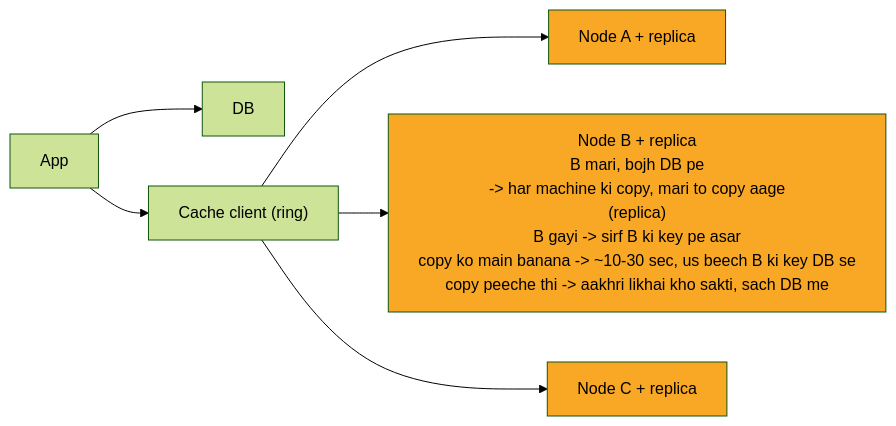
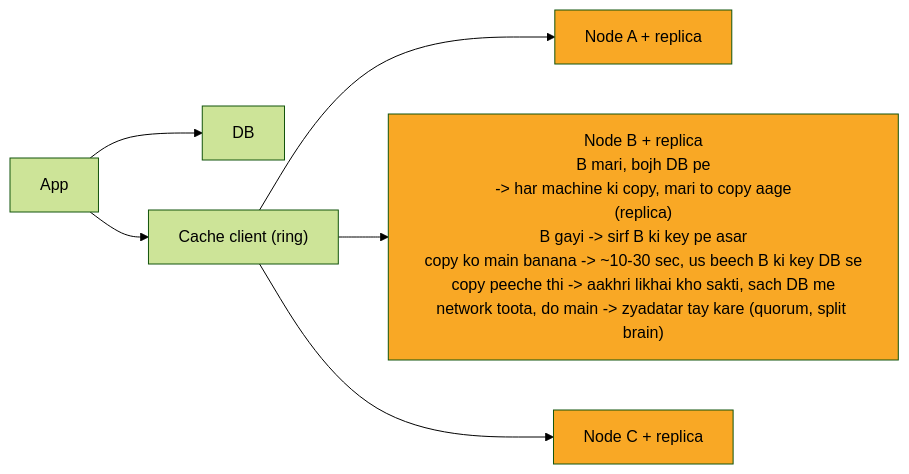
Before and after one commit to ArpanMaheshwari144/Prep: the fourth of 8 diagrams in 04_HLD/SYSTEM_DESIGNS/10_distributed_cache/10_distributed_cache.md, drawn with Mermaid (forest theme). The commit also changed 4 other files, not shown here.

Commit message:
hld: 6 zaroori line peele dabbe me wapas (cache hatana, offset, nakli webhook, split brain, idempotent producer, reconnect)

````diff
--- a/04_HLD/SYSTEM_DESIGNS/10_distributed_cache/10_distributed_cache.md
+++ b/04_HLD/SYSTEM_DESIGNS/10_distributed_cache/10_distributed_cache.md
@@ -179,18 +179,18 @@
 ```mermaid
 %%{init: {"flowchart": {"wrappingWidth": 450}}}%%
 flowchart LR
     n_App["App"]
     n_DB["DB"]
     n_Cache_client["Cache client (ring)"]
     n_Node_A_replica["Node A + replica"]
-    n_Node_B_replica["Node B + replica<br/>B mari, bojh DB pe<br/>-> har machine ki copy, mari to copy aage<br/>(replica)<br/>B gayi -> sirf B ki key pe asar<br/>copy ko main banana -> ~10-30 sec, us beech B ki key DB se<br/>copy peeche thi -> aakhri likhai kho sakti, sach DB me"]
+    n_Node_B_replica["Node B + replica<br/>B mari, bojh DB pe<br/>-> har machine ki copy, mari to copy aage<br/>(replica)<br/>B gayi -> sirf B ki key pe asar<br/>copy ko main banana -> ~10-30 sec, us beech B ki key DB se<br/>copy peeche thi -> aakhri likhai kho sakti, sach DB me<br/>network toota, do main -> zyadatar tay kare (quorum, split brain)"]
     n_Node_C_replica["Node C + replica"]
     n_App --> n_DB
     n_App --> n_Cache_client
     n_Cache_client --> n_Node_A_replica
     n_Cache_client --> n_Node_B_replica
     n_Cache_client --> n_Node_C_replica
     style n_Node_A_replica fill:#f9a825,color:#000
     style n_Node_B_replica fill:#f9a825,color:#000
     style n_Node_C_replica fill:#f9a825,color:#000
 ```
````
